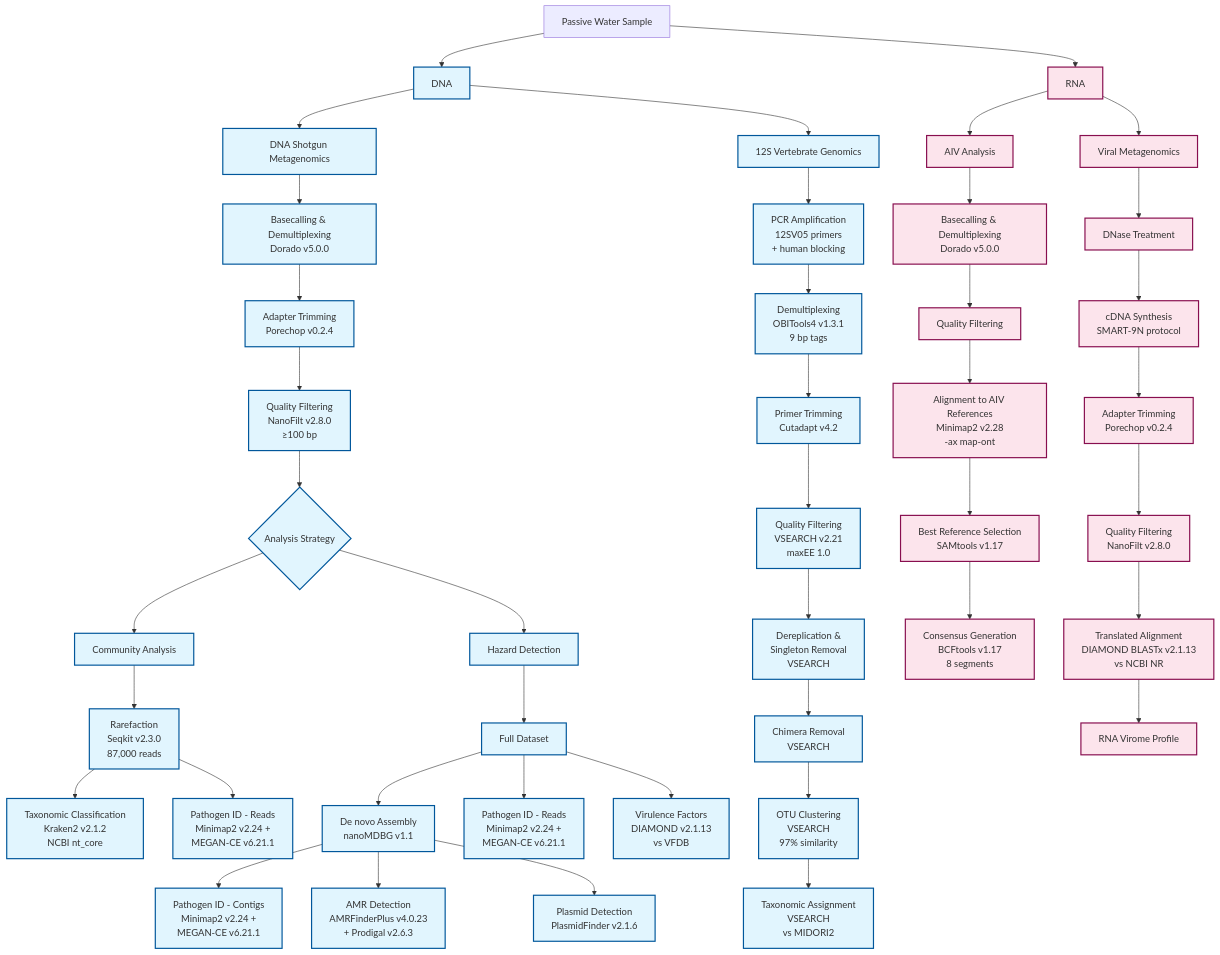
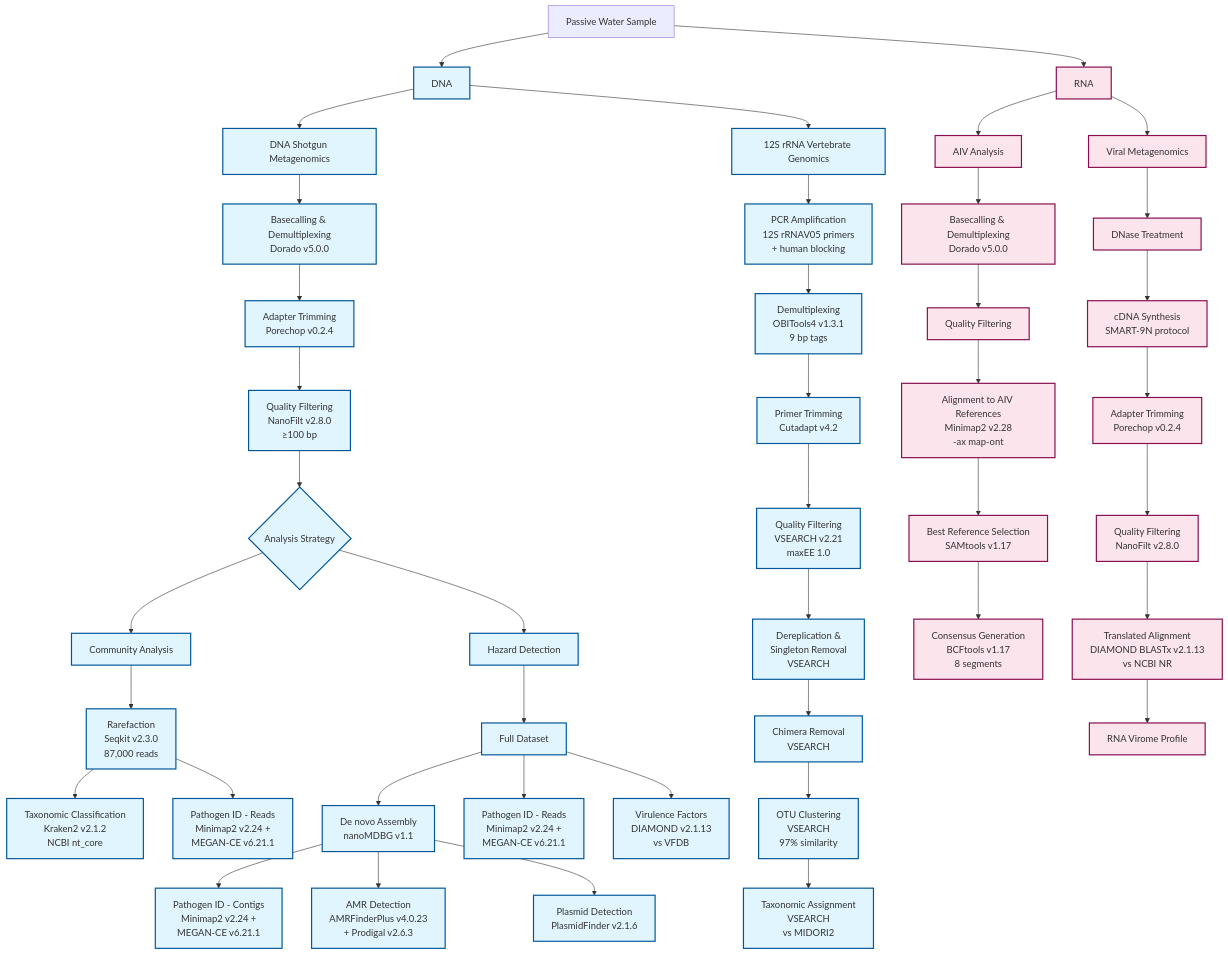
The diagram in README.md (ttmgr/Wetland_Health), drawn with Mermaid before and after one commit. The commit also changed other lines of this file, not shown here.

````diff
--- a/README.md
+++ b/README.md
@@ -167,67 +167,67 @@
 ```mermaid
 flowchart TD
     A[Passive Water Sample] --> B[DNA]
     A --> C[RNA]
     
     %% DNA Branch
     B --> D[DNA Shotgun Metagenomics]
-    B --> E[12S Vertebrate Genomics]
+    B --> E[12S rRNA Vertebrate Genomics]
     
     %% DNA Shotgun Pipeline
     D --> D1[Basecalling & Demultiplexing<br/>Dorado v5.0.0]
     D1 --> D2[Adapter Trimming<br/>Porechop v0.2.4]
     D2 --> D3[Quality Filtering<br/>NanoFilt v2.8.0<br/>≥100 bp]
     D3 --> D4{Analysis Strategy}
     
     D4 --> D5[Community Analysis]
     D4 --> D6[Hazard Detection]
     
     D5 --> D5a[Rarefaction<br/>Seqkit v2.3.0<br/>87,000 reads]
     D5a --> D5b[Taxonomic Classification<br/>Kraken2 v2.1.2<br/>NCBI nt_core]
     D5a --> D5c[Pathogen ID - Reads<br/>Minimap2 v2.24 +<br/>MEGAN-CE v6.21.1]
     
     D6 --> D6a[Full Dataset]
     D6a --> D6b[De novo Assembly<br/>nanoMDBG v1.1]
     D6b --> D6c[Pathogen ID - Contigs<br/>Minimap2 v2.24 +<br/>MEGAN-CE v6.21.1]
     D6a --> D6h[Pathogen ID - Reads<br/>Minimap2 v2.24 +<br/>MEGAN-CE v6.21.1]
     D6b --> D6d[AMR Detection<br/>AMRFinderPlus v4.0.23<br/>+ Prodigal v2.6.3]
     D6b --> D6e[Plasmid Detection<br/>PlasmidFinder v2.1.6]
     D6a --> D6f[Virulence Factors<br/>DIAMOND v2.1.13<br/>vs VFDB]
     
-    %% 12S Pipeline
-    E --> E1[PCR Amplification<br/>12SV05 primers<br/>+ human blocking]
+    %% 12S rRNA Pipeline
+    E --> E1[PCR Amplification<br/>12S rRNAV05 primers<br/>+ human blocking]
     E1 --> E2[Demultiplexing<br/>OBITools4 v1.3.1<br/>9 bp tags]
     E2 --> E3[Primer Trimming<br/>Cutadapt v4.2]
     E3 --> E4[Quality Filtering<br/>VSEARCH v2.21<br/>maxEE 1.0]
     E4 --> E5[Dereplication &<br/>Singleton Removal<br/>VSEARCH]
     E5 --> E6[Chimera Removal<br/>VSEARCH]
     E6 --> E7[OTU Clustering<br/>VSEARCH<br/>97% similarity]
     E7 --> E8[Taxonomic Assignment<br/>VSEARCH<br/>vs MIDORI2]
     
     %% RNA Branch
     C --> F[AIV Analysis]
     C --> G[Viral Metagenomics]
     
     %% AIV Pipeline
     F --> F1[Basecalling & Demultiplexing<br/>Dorado v5.0.0]
     F1 --> F2[Quality Filtering]
     F2 --> F3[Alignment to AIV References<br/>Minimap2 v2.28<br/>-ax map-ont]
     F3 --> F4[Best Reference Selection<br/>SAMtools v1.17]
     F4 --> F5[Consensus Generation<br/>BCFtools v1.17<br/>8 segments]
     
     %% Viromics Pipeline
     G --> G1[DNase Treatment]
     G1 --> G2[cDNA Synthesis<br/>SMART-9N protocol]
     G2 --> G3[Adapter Trimming<br/>Porechop v0.2.4]
     G3 --> G4[Quality Filtering<br/>NanoFilt v2.8.0]
     G4 --> G5[Translated Alignment<br/>DIAMOND BLASTx v2.1.13<br/>vs NCBI NR]
     G5 --> G6[RNA Virome Profile]
     
     %% Styling
     classDef dna fill:#e1f5fe,stroke:#01579b,stroke-width:2px
     classDef rna fill:#fce4ec,stroke:#880e4f,stroke-width:2px
     classDef tool fill:#f3e5f5,stroke:#4a148c,stroke-width:2px
     
     class B,D,E,D1,D2,D3,D4,D5,D5a,D5b,D5c,D6,D6a,D6b,D6c,D6d,D6e,D6f,D6g,D6h,E1,E2,E3,E4,E5,E6,E7,E8 dna
     class C,F,G,F1,F2,F3,F4,F5,G1,G2,G3,G4,G5,G6 rna
 ```
````
